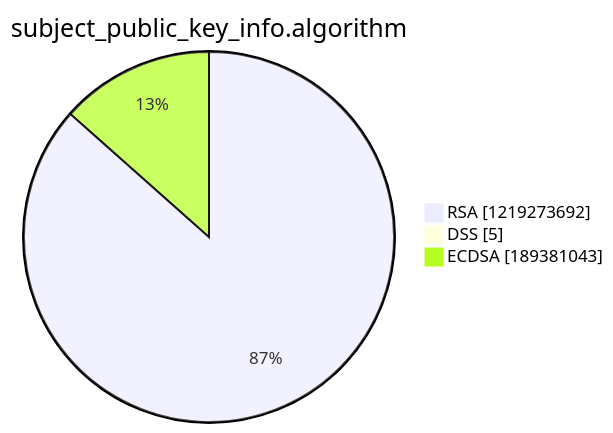
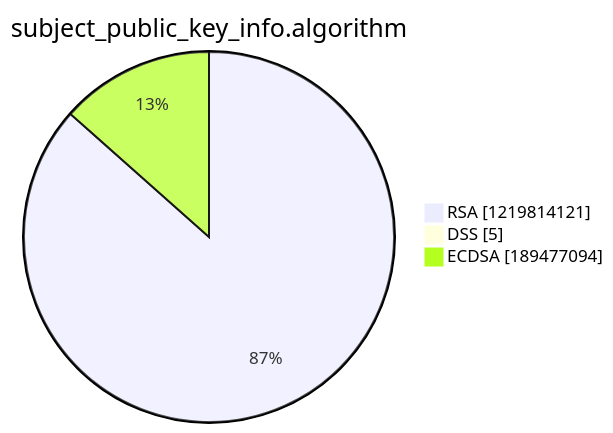
Before and after one commit to christiankrug/ctmonitor_visualization: the third of 15 diagrams in argon2022/README.md, drawn with Mermaid. The commit also changed other lines of this file, not shown here.

````diff
--- a/argon2022/README.md
+++ b/argon2022/README.md
@@ -14,7 +14,7 @@
 ```mermaid
 pie showData
 title subject_public_key_info.algorithm
-"RSA" :1219273692
+"RSA" :1219814121
 "DSS" :5
-"ECDSA" :189381043
+"ECDSA" :189477094
 ```
````
